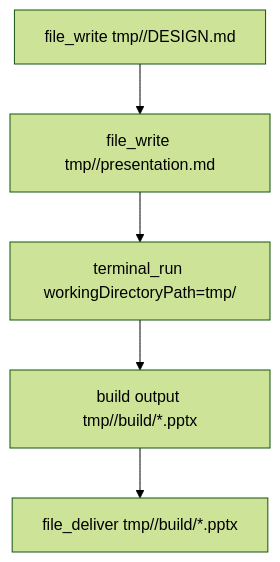
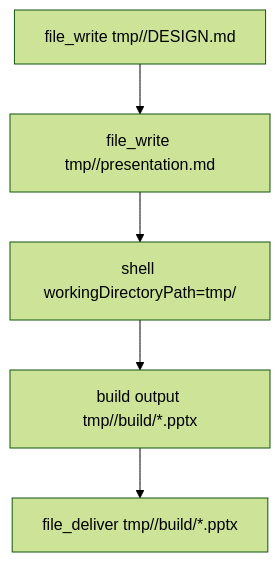
Before and after one commit to yeomyeonggeori/internkim: the second of 3 diagrams in docs/internal/architecture.md, drawn with Mermaid (forest theme). The commit also changed other lines of this file and 23 other files, not shown here.

First line of the commit message:
chore: the terminal tool answers to shell

````diff
--- a/docs/internal/architecture.md
+++ b/docs/internal/architecture.md
@@ -139,7 +139,7 @@
 ```mermaid
 flowchart TD
   A["file_write tmp/<slug>/DESIGN.md"] --> B["file_write tmp/<slug>/presentation.md"]
-  B --> C["terminal_run workingDirectoryPath=tmp/<slug>"]
+  B --> C["shell workingDirectoryPath=tmp/<slug>"]
   C --> D["build output tmp/<slug>/build/*.pptx"]
   D --> E["file_deliver tmp/<slug>/build/*.pptx"]
 ```
````
